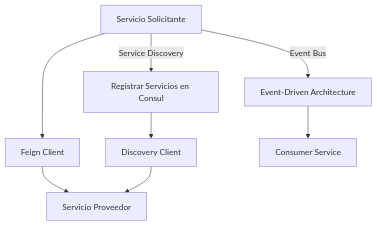
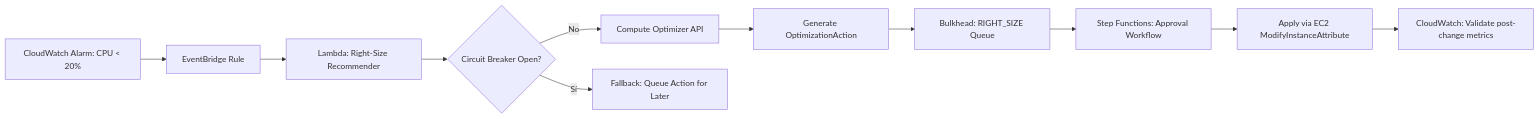
One commit to Joaquinriosheredia/DAM-Java-Mastery changed the fifth of 6 diagrams in _Review/optimizacion_de_costes_en_cloud_aws/optimizacion_de_costes_en_cloud_aws.md. Above: the diagram before and after it, drawn with Mermaid. The commit also changed other lines of this file, not shown here.

Commit message:
optimizacion_de_costes_en_cloud_aws.md

````diff
--- a/_Review/optimizacion_de_costes_en_cloud_aws/optimizacion_de_costes_en_cloud_aws.md
+++ b/_Review/optimizacion_de_costes_en_cloud_aws/optimizacion_de_costes_en_cloud_aws.md
@@ -554,10 +504,13 @@
 ```mermaid
-graph TD
-    A[Servicio Solicitante] --> B[Feign Client]
-    B --> C[Servicio Proveedor]
-    A -- Service Discovery --> D[Registrar Servicios en Consul]
-    D --> E[Discovery Client]
-    E --> C
-    A -- Event Bus --> F[Event-Driven Architecture]
-    F --> G[Consumer Service]
+graph LR
+    A[CloudWatch Alarm: CPU < 20%] --> B[EventBridge Rule]
+    B --> C[Lambda: Right-Size Recommender]
+    C --> D{Circuit Breaker Open?}
+    D -- No --> E[Compute Optimizer API]
+    D -- Sí --> F[Fallback: Queue Action for Later]
+    E --> G[Generate OptimizationAction]
+    G --> H[Bulkhead: RIGHT_SIZE Queue]
+    H --> I[Step Functions: Approval Workflow]
+    I --> J[Apply via EC2 ModifyInstanceAttribute]
+    J --> K[CloudWatch: Validate post-change metrics]
 ```
````
